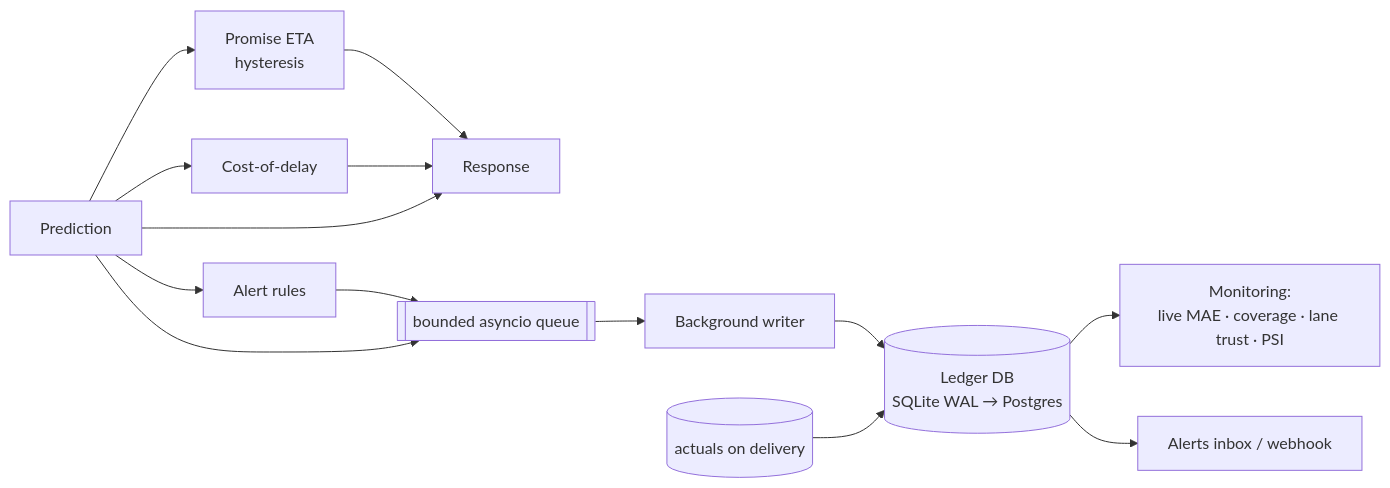
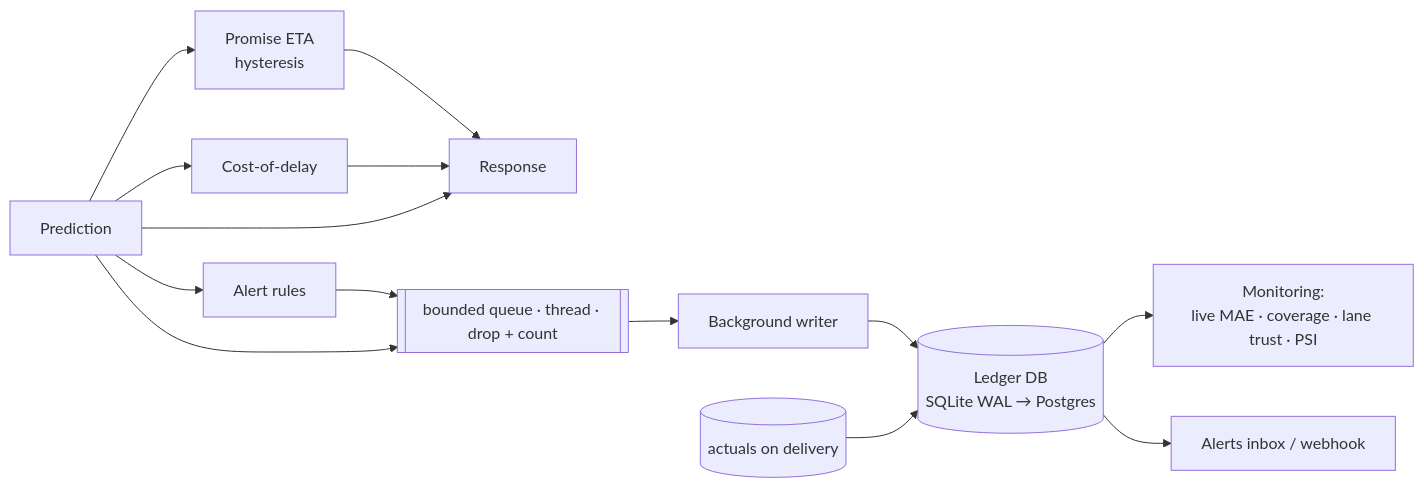
Before and after one commit to Purushotham-Prajapati-24/AIQON: the fifth of 7 diagrams in docs/Architecture.md, drawn with Mermaid. The commit also changed other lines of this file and 16 other files, not shown here.

````diff
--- a/docs/Architecture.md
+++ b/docs/Architecture.md
@@ -144,15 +146,15 @@
 ```mermaid
 flowchart LR
     P[Prediction] --> PR[Promise ETA<br/>hysteresis]
     P --> CO[Cost-of-delay]
     P --> AL[Alert rules]
     PR --> RESP[Response]
     CO --> RESP
     P --> RESP
-    AL --> Q[[bounded asyncio queue]]
+    AL --> Q[[bounded queue · thread · drop + count]]
     P --> Q
     Q --> W[Background writer] --> DB[(Ledger DB<br/>SQLite WAL → Postgres)]
     DB --> MON[Monitoring:<br/>live MAE · coverage · lane trust · PSI]
     DB --> INBOX[Alerts inbox / webhook]
     ACT[(actuals on delivery)] --> DB
 ```
````
